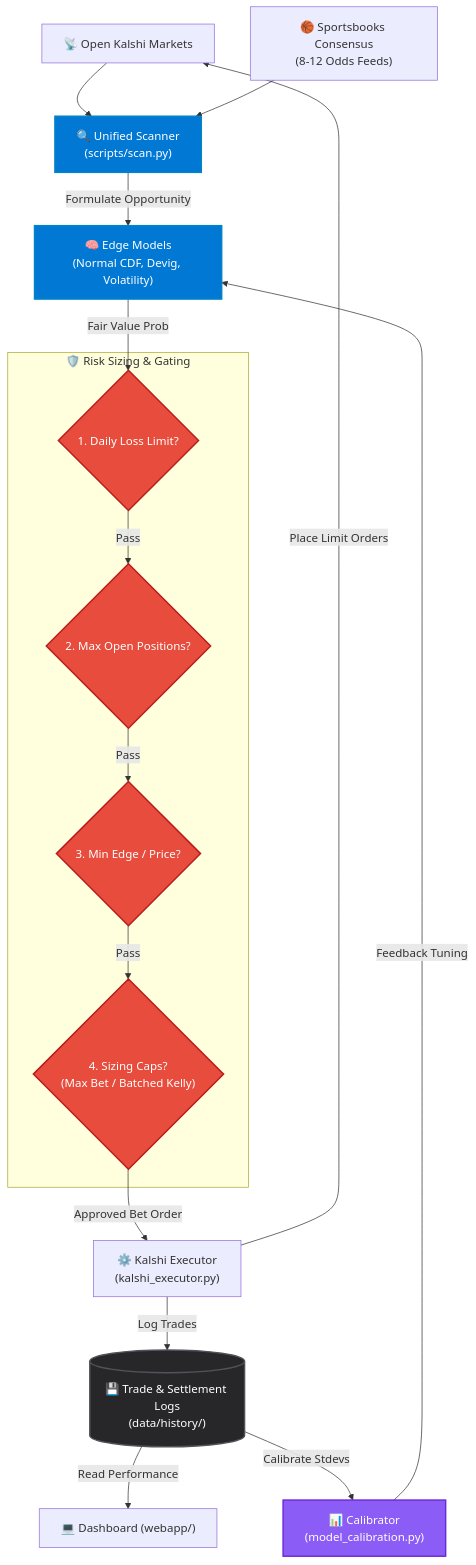
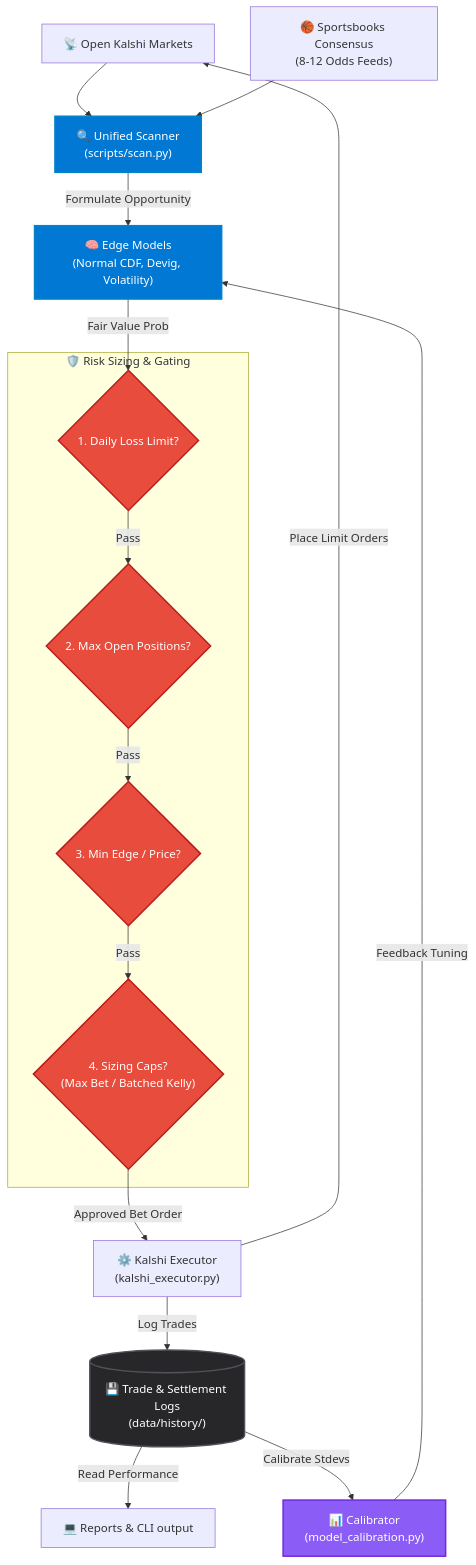
One commit to michaelschecht/Edge-Radar changed the diagram in docs/setup/pipeline-diagram.md. Above: the diagram before and after it, drawn with Mermaid. The commit also changed 133 other files, not shown here.

````diff
--- a/docs/setup/pipeline-diagram.md
+++ b/docs/setup/pipeline-diagram.md
@@ -5,49 +5,49 @@
 ```mermaid
 flowchart TD
     %% Nodes definition
     Markets["📡 Open Kalshi Markets"]
     Consensus["🏀 Sportsbooks Consensus\n(8-12 Odds Feeds)"]
     Models["🧠 Edge Models\n(Normal CDF, Devig, Volatility)"]
     
     Scan["🔍 Unified Scanner\n(scripts/scan.py)"]
     
     subgraph SIZING_GATING ["🛡️ Risk Sizing & Gating"]
         G1{"1. Daily Loss Limit?"}
         G2{"2. Max Open Positions?"}
         G3{"3. Min Edge / Price?"}
         G4{"4. Sizing Caps?\n(Max Bet / Batched Kelly)"}
     end
     
     Executor["⚙️ Kalshi Executor\n(kalshi_executor.py)"]
     DB[("💾 Trade & Settlement Logs\n(data/history/)")]
     
-    WebUI["💻 Dashboard (webapp/)"]
+    WebUI["💻 Reports & CLI output"]
     Calib["📊 Calibrator\n(model_calibration.py)"]
 
     %% Connections
     Markets & Consensus --> Scan
     Scan -->|Formulate Opportunity| Models
     Models -->|Fair Value Prob| G1
     G1 -- "Pass" --> G2
     G2 -- "Pass" --> G3
     G3 -- "Pass" --> G4
     G4 -->|Approved Bet Order| Executor
     
     Executor -->|Place Limit Orders| Markets
     Executor -->|Log Trades| DB
     
     DB -->|Read Performance| WebUI
     DB -->|Calibrate Stdevs| Calib
     Calib -->|Feedback Tuning| Models
 
     %% Styles
     classDef primary fill:#0078d4,stroke:#0284c7,stroke-width:2px,color:#fff;
     classDef secondary fill:#e74c3c,stroke:#b91c1c,stroke-width:2px,color:#fff;
     classDef storage fill:#27272a,stroke:#52525b,stroke-width:2px,color:#fff;
     classDef highlight fill:#8b5cf6,stroke:#6d28d9,stroke-width:2px,color:#fff;
     
     class Scan,Models primary;
     class G1,G2,G3,G4 secondary;
     class DB storage;
     class Calib highlight;
 ```
````
